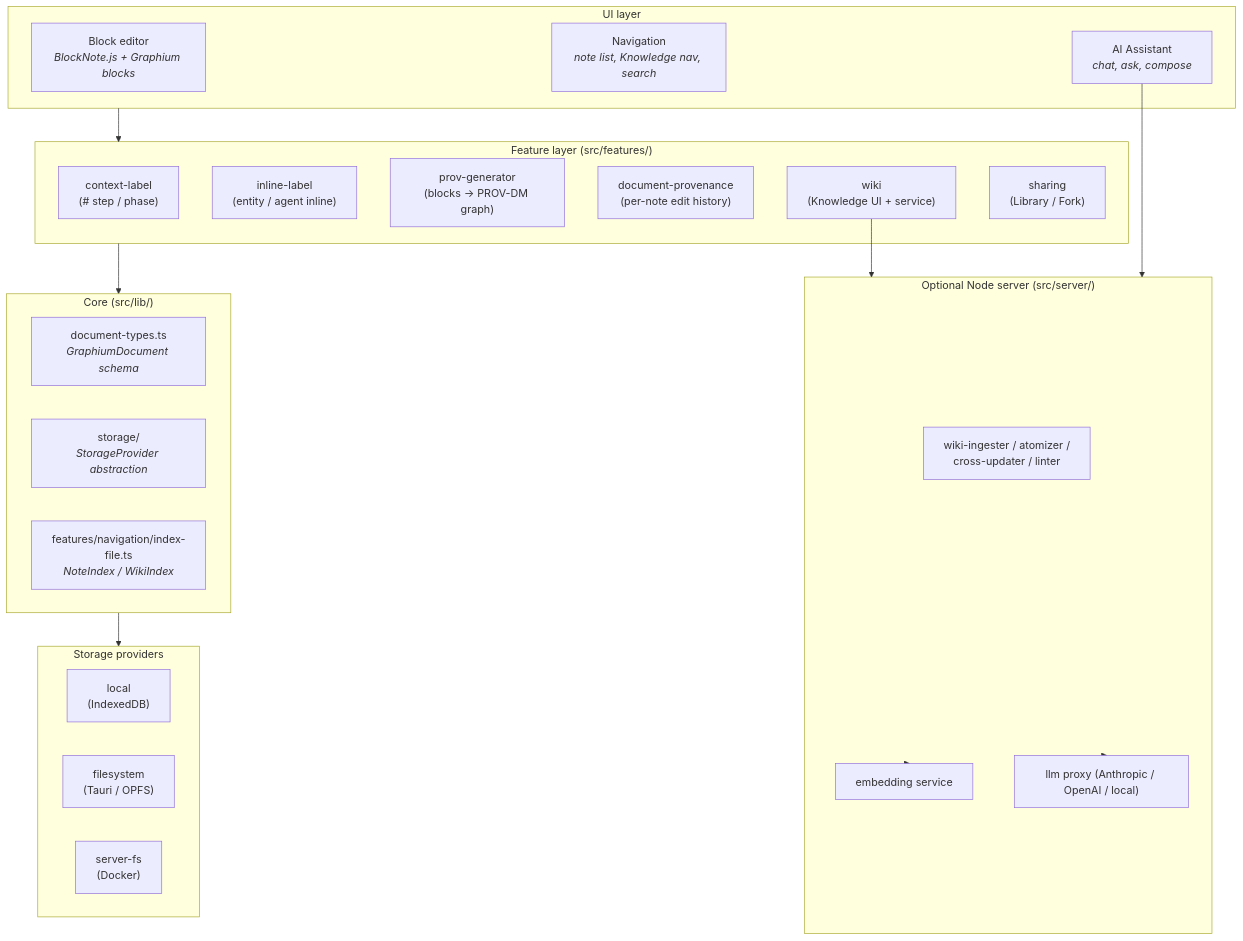
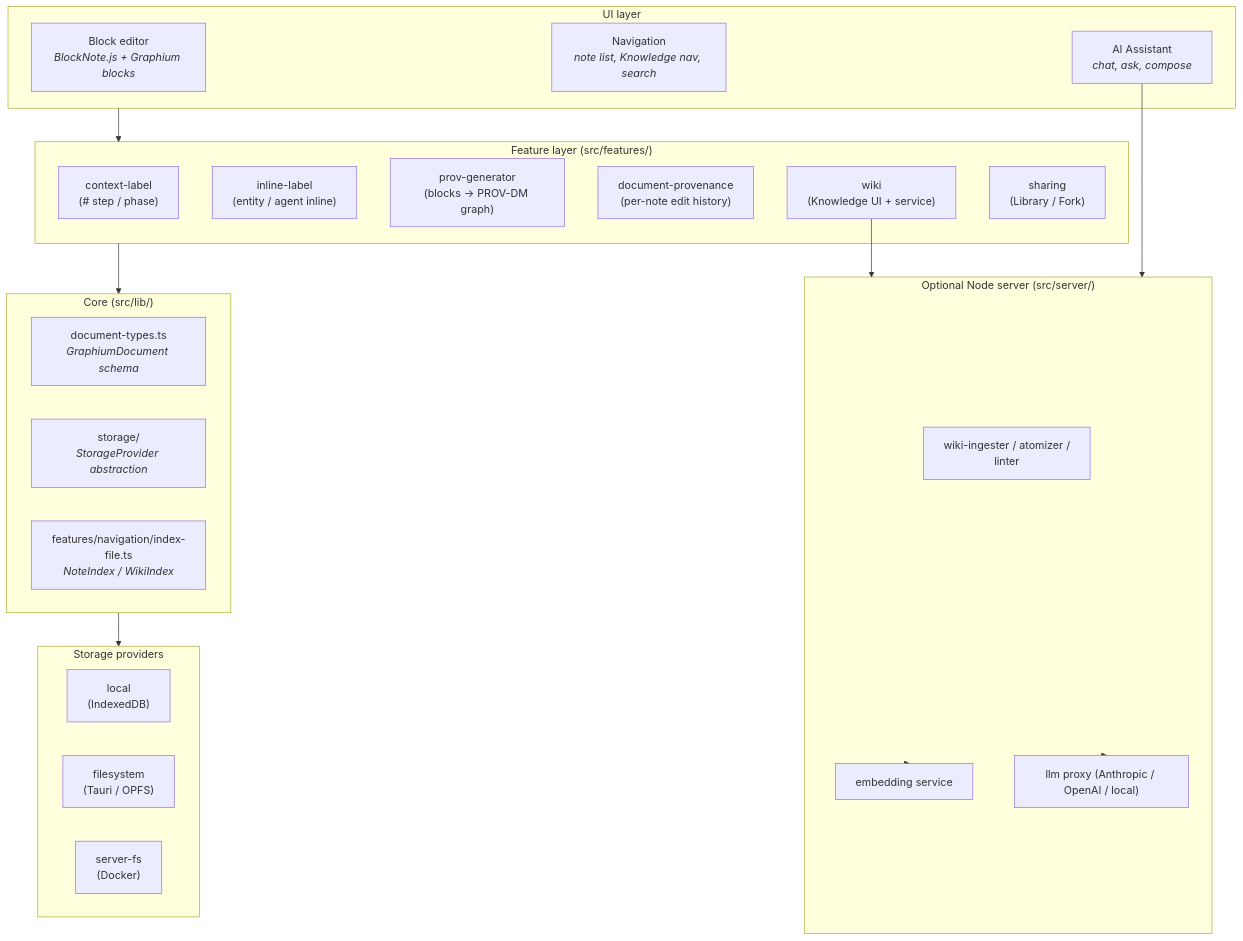
Before and after one commit to kumagallium/Graphium: the first of 4 diagrams in docs/ARCHITECTURE.md, drawn with Mermaid. The commit also changed other lines of this file and 3 other files, not shown here.

````diff
--- a/docs/ARCHITECTURE.md
+++ b/docs/ARCHITECTURE.md
@@ -39,43 +39,43 @@
 ```mermaid
 flowchart TB
     subgraph UI["UI layer"]
         E["Block editor<br/><i>BlockNote.js + Graphium blocks</i>"]
         N["Navigation<br/><i>note list, Knowledge nav, search</i>"]
         AI["AI Assistant<br/><i>chat, ask, compose</i>"]
     end
 
     subgraph FEAT["Feature layer (src/features/)"]
         CL["context-label<br/>(# step / phase)"]
         IL["inline-label<br/>(entity / agent inline)"]
         PG["prov-generator<br/>(blocks → PROV-DM graph)"]
         DP["document-provenance<br/>(per-note edit history)"]
         WIKI["wiki<br/>(Knowledge UI + service)"]
         SH["sharing<br/>(Library / Fork)"]
     end
 
     subgraph CORE["Core (src/lib/)"]
         DT["document-types.ts<br/><i>GraphiumDocument schema</i>"]
         ST["storage/<br/><i>StorageProvider abstraction</i>"]
         IDX["features/navigation/index-file.ts<br/><i>NoteIndex / WikiIndex</i>"]
     end
 
     subgraph SRV["Optional Node server (src/server/)"]
-        WI["wiki-ingester / atomizer /<br/>cross-updater / linter"]
+        WI["wiki-ingester / atomizer /<br/>linter"]
         EMB["embedding service"]
         LLM["llm proxy (Anthropic / OpenAI / local)"]
     end
 
     subgraph PROV["Storage providers"]
         L["local<br/>(IndexedDB)"]
         F["filesystem<br/>(Tauri / OPFS)"]
         S["server-fs<br/>(Docker)"]
     end
 
     UI --> FEAT
     FEAT --> CORE
     CORE --> PROV
     AI --> SRV
     WIKI --> SRV
     SRV --> EMB
     SRV --> LLM
 ```
````
